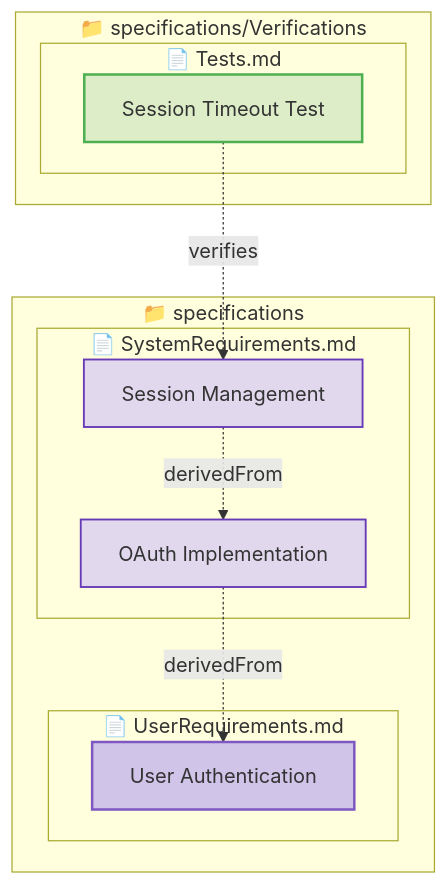
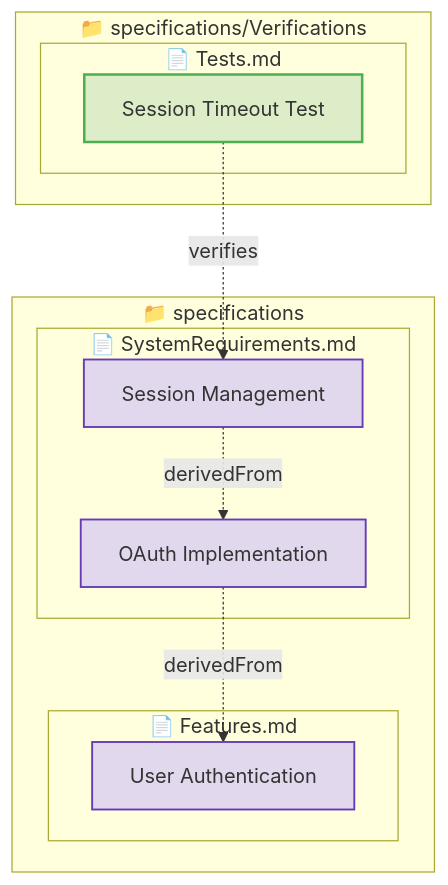
The second of 6 diagrams in tests/test-verification-traces/expected/expected_redundant_output.md (reqvire-org/reqvire), drawn with Mermaid before and after one commit. The commit also changed other lines of this file and 446 other files, not shown here.

````diff
--- a/tests/test-verification-traces/expected/expected_redundant_output.md
+++ b/tests/test-verification-traces/expected/expected_redundant_output.md
@@ -49,32 +49,32 @@
 ```mermaid
 graph TD
-  classDef userRequirement fill:#D1C4E9,stroke:#7E57C2,stroke-width:2px;
+  classDef feature fill:#BBDEFB,stroke:#1976D2,stroke-width:2.5px;
   classDef systemRequirement fill:#E1D8EE,stroke:#673AB7,stroke-width:1.5px;
   classDef requirement fill:#ECEFF1,stroke:#673AB7,stroke-width:1.5px;
   classDef verification fill:#DCEDC8,stroke:#4CAF50,stroke-width:2px;
   classDef folder fill:#FAFAFA,stroke:#9E9E9E,stroke-width:3px;
   classDef file fill:#FFF8E1,stroke:#FFCA28,stroke-width:2px;
   classDef default fill:#F5F5F5,stroke:#424242,stroke-width:1.5px;
 
   subgraph 9d68b769fcbc79d0["📁 specifications"]
+    subgraph 52b96646352f3ec7["📄 Features.md"]
+      dd5e1b9d53160cae["User Authentication"]:::systemRequirement
+      click dd5e1b9d53160cae "specifications/Features.md#user-authentication";
+    end
     subgraph 77808752d543f615["📄 SystemRequirements.md"]
       ffaaccb9d15d971b["OAuth Implementation"]:::systemRequirement
       click ffaaccb9d15d971b "specifications/SystemRequirements.md#oauth-implementation";
       91839b1de28f4dab["Session Management"]:::systemRequirement
       click 91839b1de28f4dab "specifications/SystemRequirements.md#session-management";
-    end
-    subgraph 6e2c14866f0b0117["📄 UserRequirements.md"]
-      73a2304da723cc9["User Authentication"]:::userRequirement
-      click 73a2304da723cc9 "specifications/UserRequirements.md#user-authentication";
     end
   end
   subgraph 9f0649e759bd2822["📁 specifications/Verifications"]
     subgraph 7d9dffd79ed1d5b8["📄 Tests.md"]
       76409d98e05d75e4["Session Timeout Test"]:::verification
       click 76409d98e05d75e4 "specifications/Verifications/Tests.md#session-timeout-test";
     end
   end
   76409d98e05d75e4 -.->|verifies| 91839b1de28f4dab;
   91839b1de28f4dab -.->|derivedFrom| ffaaccb9d15d971b;
-  ffaaccb9d15d971b -.->|derivedFrom| 73a2304da723cc9;
+  ffaaccb9d15d971b -.->|derivedFrom| dd5e1b9d53160cae;
 ```
````
